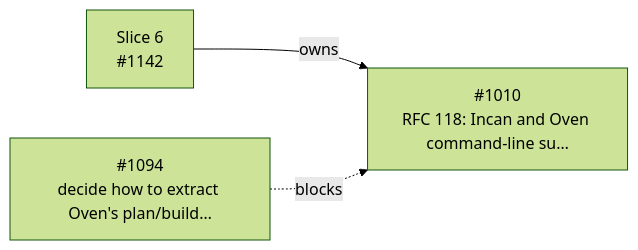
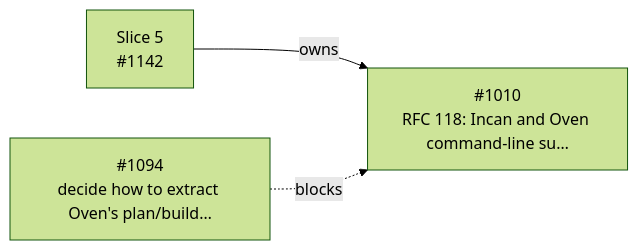
One commit to dannys-code-corner/incan changed the fifth of 9 diagrams in workspaces/docs-site/docs/_snippets/project/v0_6_roadmap.md. Above: the diagram before and after it, drawn with Mermaid (forest theme). The commit also changed other lines of this file and 3 other files, not shown here.

````diff
--- a/workspaces/docs-site/docs/_snippets/project/v0_6_roadmap.md
+++ b/workspaces/docs-site/docs/_snippets/project/v0_6_roadmap.md
@@ -454,11 +437,11 @@
 ```mermaid
 flowchart LR
   i1010["#1010<br/>RFC 118: Incan and Oven command-line su…"]
   i1094["#1094<br/>decide how to extract Oven's plan/build…"]
-  s1142["Slice 6<br/>#1142"]
+  s1142["Slice 5<br/>#1142"]
   s1142 -- owns --> i1010
   i1094 -. blocks .-> i1010
   click i1010 href "https://github.com/encero-systems/incan/issues/1010" "Open #1010 on GitHub"
   click i1094 href "https://github.com/encero-systems/incan/issues/1094" "Open #1094 on GitHub"
   click s1142 href "https://github.com/encero-systems/incan/issues/1142" "Open #1142 on GitHub"
 ```
````
